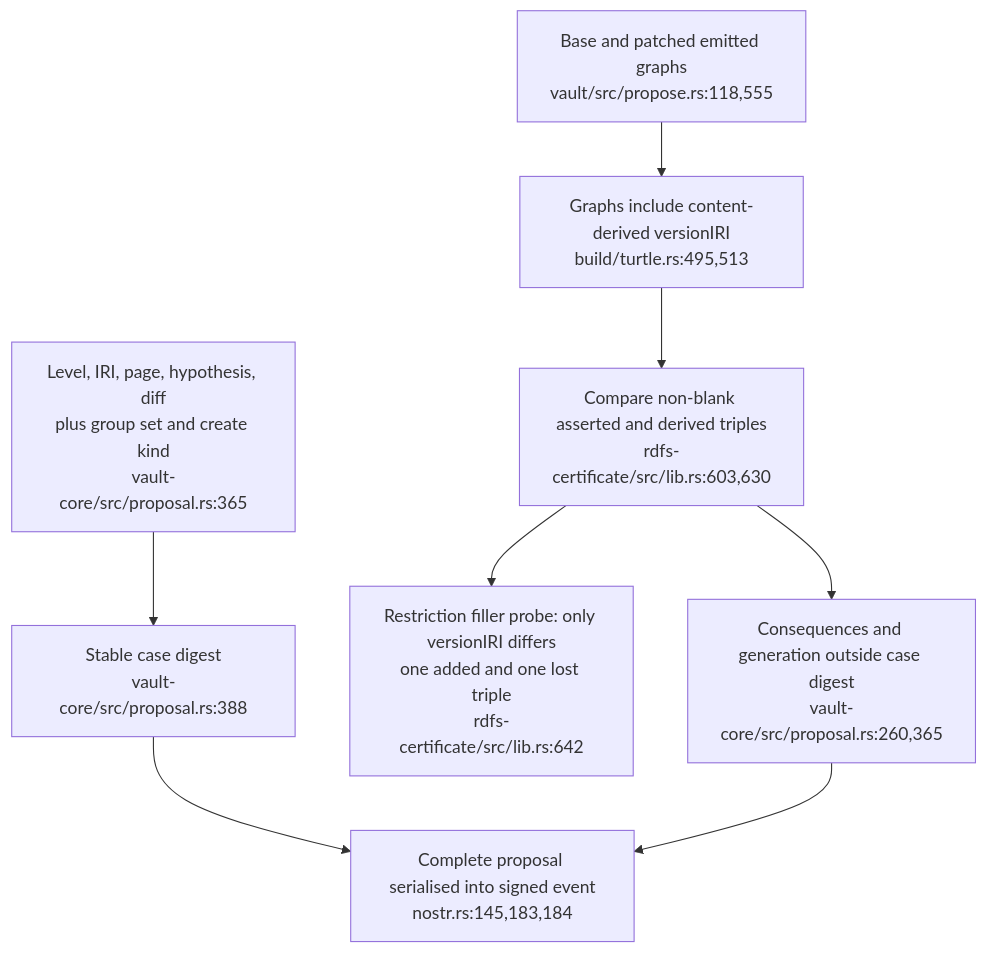
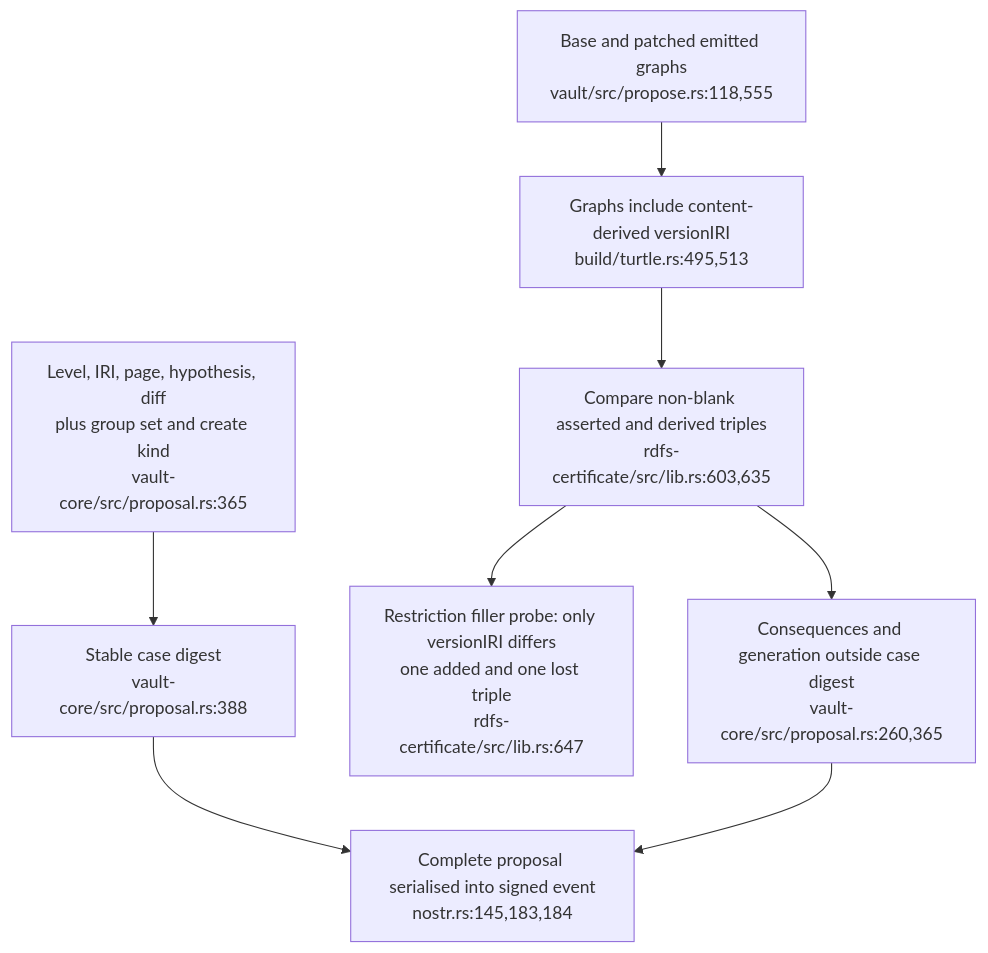
The second of 4 diagrams in docs/diagrams/visionclaw/41-proposal-construction-and-consumer-scope.md (DreamLab-AI/VisionFlow), drawn with Mermaid before and after one commit. The commit also changed other lines of this file and 154 other files, not shown here.

First line of the commit message:
docs(diagrams): re-stamp 154 topics whose every citation still reads the same text at the current heads

````diff
--- a/docs/diagrams/visionclaw/41-proposal-construction-and-consumer-scope.md
+++ b/docs/diagrams/visionclaw/41-proposal-construction-and-consumer-scope.md
@@ -55,10 +55,10 @@
 ```mermaid
 flowchart TD
     A["Level, IRI, page, hypothesis, diff<br/>plus group set and create kind<br/>vault-core/src/proposal.rs:365"] --> C["Stable case digest<br/>vault-core/src/proposal.rs:388"]
     BASE["Base and patched emitted graphs<br/>vault/src/propose.rs:118,555"] --> V["Graphs include content-derived versionIRI<br/>build/turtle.rs:495,513"]
-    V --> R["Compare non-blank asserted and derived triples<br/>rdfs-certificate/src/lib.rs:603,630"]
-    R --> META["Restriction filler probe: only versionIRI differs<br/>one added and one lost triple<br/>rdfs-certificate/src/lib.rs:642"]
+    V --> R["Compare non-blank asserted and derived triples<br/>rdfs-certificate/src/lib.rs:603,635"]
+    R --> META["Restriction filler probe: only versionIRI differs<br/>one added and one lost triple<br/>rdfs-certificate/src/lib.rs:647"]
     R --> E["Consequences and generation outside case digest<br/>vault-core/src/proposal.rs:260,365"]
     C --> FULL["Complete proposal serialised into signed event<br/>nostr.rs:145,183,184"]
     E --> FULL
 ```
````
